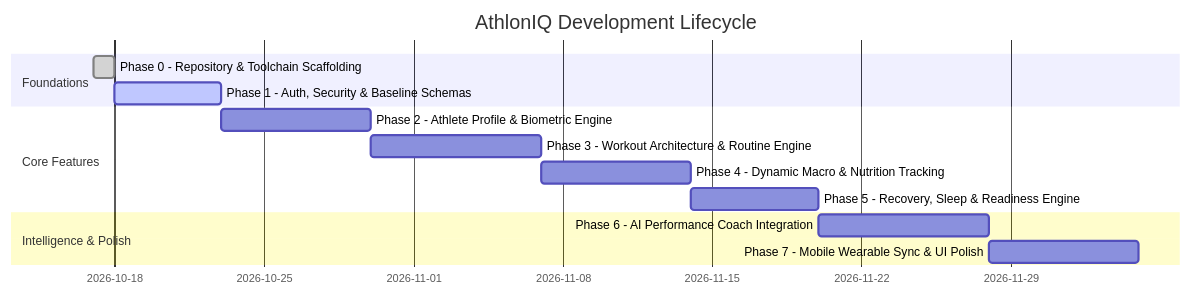
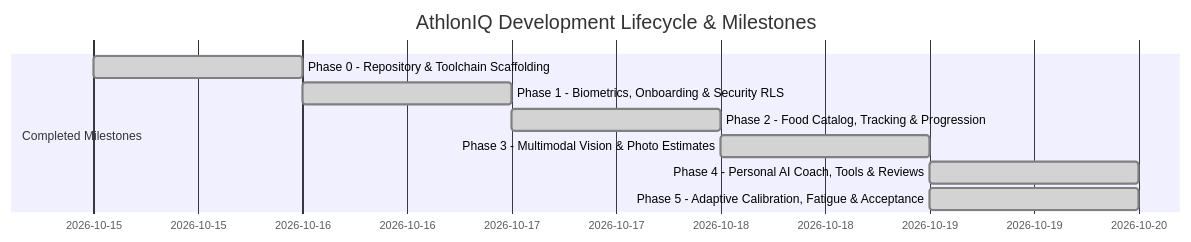
One commit to Dannyo6/AthlonIQ changed the diagram in docs/ROADMAP.md. Above: the diagram before and after it, drawn with Mermaid. The commit also changed other lines of this file and 14 other files, not shown here.

Commit message:
feat(phase5): adaptive lean-bulk calibration, fatigue flags, progress photos, data export, and acceptance suite

````diff
--- a/docs/ROADMAP.md
+++ b/docs/ROADMAP.md
@@ -3,16 +3,12 @@
 ```mermaid
 gantt
-    title AthlonIQ Development Lifecycle
+    title AthlonIQ Development Lifecycle & Milestones
     dateFormat  YYYY-MM-DD
-    section Foundations
-    Phase 0 - Repository & Toolchain Scaffolding      :done,    p0, 2026-10-17, 1d
-    Phase 1 - Auth, Security & Baseline Schemas      :active,  p1, 2026-10-18, 5d
-    section Core Features
-    Phase 2 - Athlete Profile & Biometric Engine     :         p2, after p1, 7d
-    Phase 3 - Workout Architecture & Routine Engine   :         p3, after p2, 8d
-    Phase 4 - Dynamic Macro & Nutrition Tracking     :         p4, after p3, 7d
-    Phase 5 - Recovery, Sleep & Readiness Engine     :         p5, after p4, 6d
-    section Intelligence & Polish
-    Phase 6 - AI Performance Coach Integration       :         p6, after p5, 8d
-    Phase 7 - Mobile Wearable Sync & UI Polish       :         p7, after p6, 7d
+    section Completed Milestones
+    Phase 0 - Repository & Toolchain Scaffolding      :done,    p0, 2026-10-15, 1d
+    Phase 1 - Biometrics, Onboarding & Security RLS  :done,    p1, 2026-10-16, 1d
+    Phase 2 - Food Catalog, Tracking & Progression   :done,    p2, 2026-10-17, 1d
+    Phase 3 - Multimodal Vision & Photo Estimates    :done,    p3, 2026-10-18, 1d
+    Phase 4 - Personal AI Coach, Tools & Reviews     :done,    p4, 2026-10-19, 1d
+    Phase 5 - Adaptive Calibration, Fatigue & Acceptance :done, p5, 2026-10-19, 1d
 ```
````
